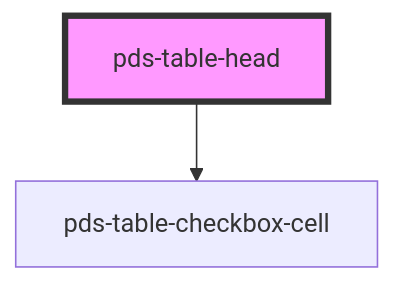
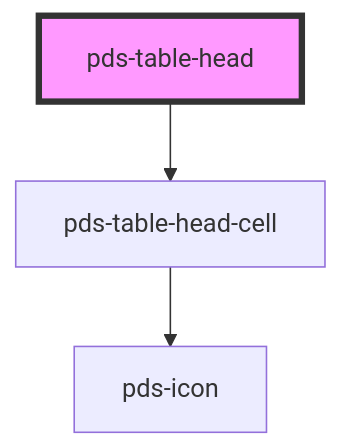
One commit to Kajabi/pine changed the diagram in libs/core/src/components/pds-table/pds-table-head/readme.md. Above: the diagram before and after it, drawn with Mermaid. The commit also changed other lines of this file and 16 other files, not shown here.

Commit message:
refactor(table): remove checkbox cell component

````diff
--- a/libs/core/src/components/pds-table/pds-table-head/readme.md
+++ b/libs/core/src/components/pds-table/pds-table-head/readme.md
@@ -15,5 +15,6 @@
 ```mermaid
 graph TD;
-  pds-table-head --> pds-table-checkbox-cell
+  pds-table-head --> pds-table-head-cell
+  pds-table-head-cell --> pds-icon
   style pds-table-head fill:#f9f,stroke:#333,stroke-width:4px
 ```
````
